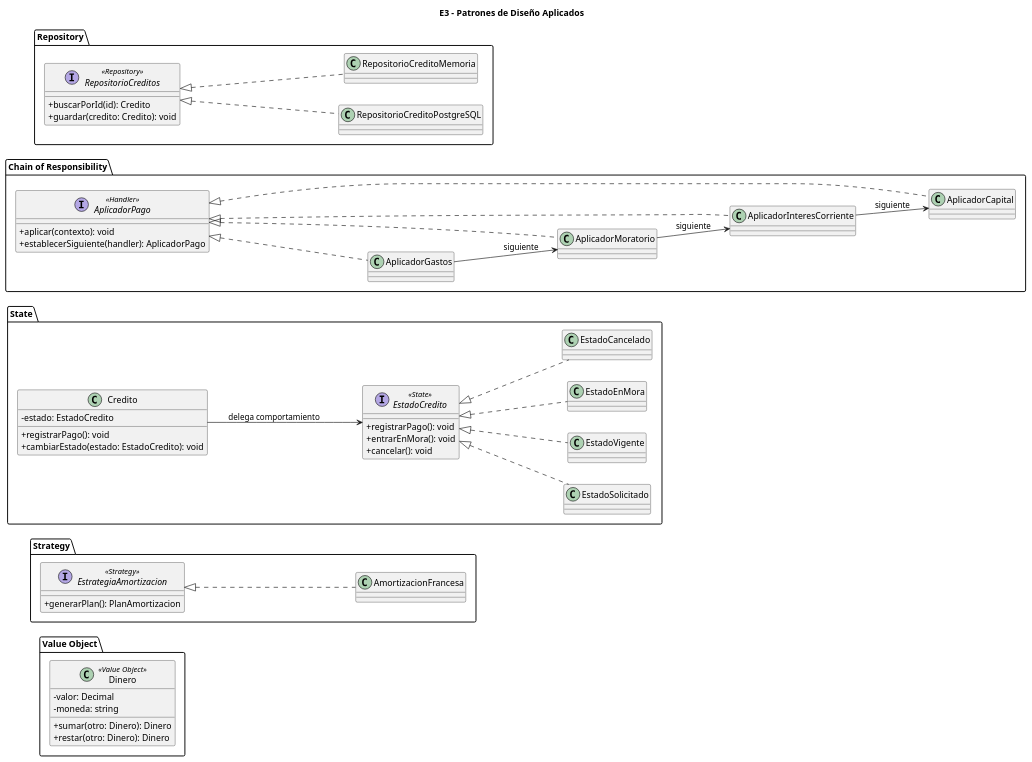
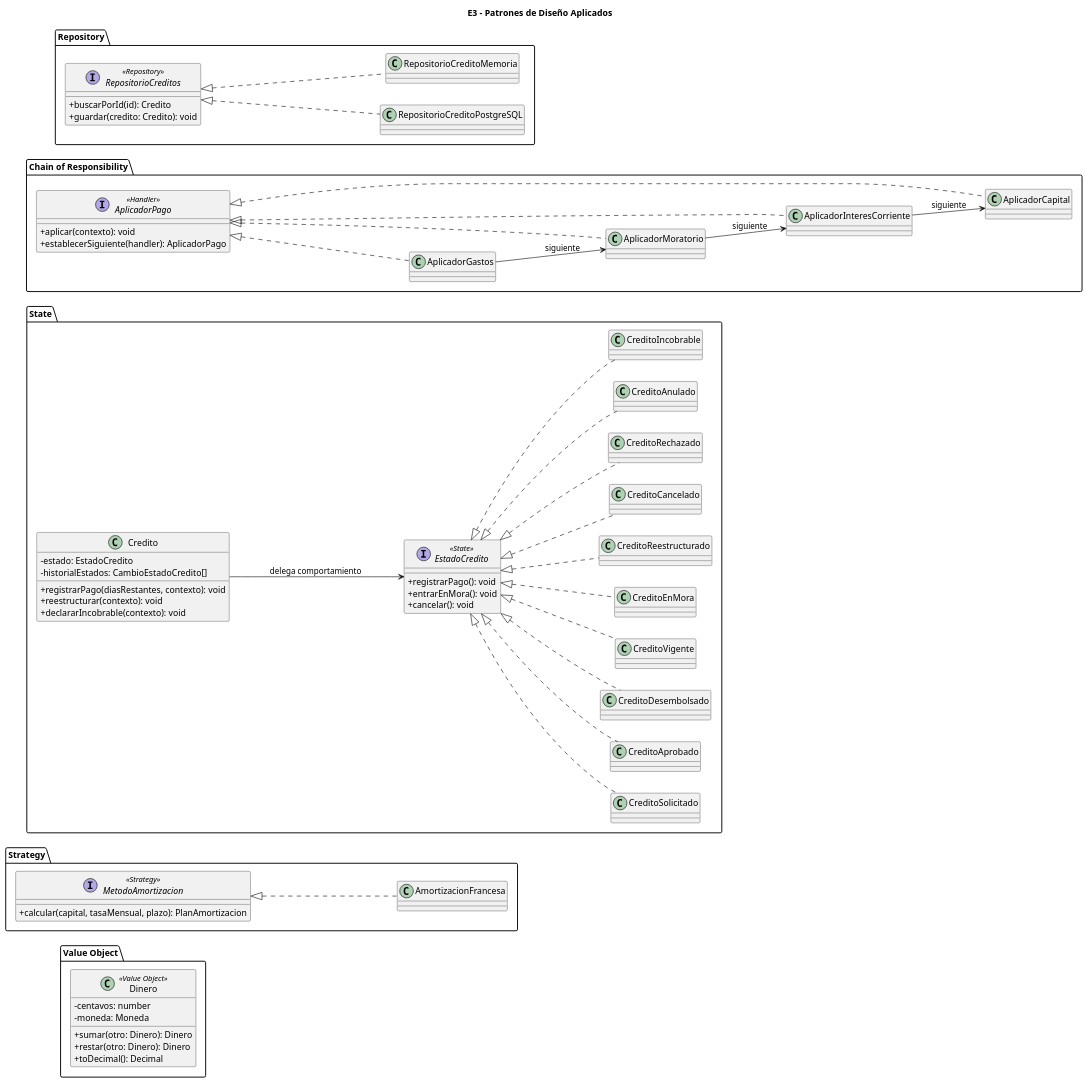
Before and after one commit to Willy4994/fintech-microcreditos-grupo01: the diagram in docs/diseno/patrones.puml, drawn with PlantUML. The commit also changed 22 other files, not shown here.

Commit message:
Se corrigieron test y UML

```diff
--- a/docs/diseno/patrones.puml
+++ b/docs/diseno/patrones.puml
@@ -1,87 +1,102 @@
 @startuml
 title E3 - Patrones de Diseño Aplicados
 
 skinparam shadowing false
 skinparam classAttributeIconSize 0
 left to right direction
 
 package "Value Object" {
     class Dinero <<Value Object>> {
-        - valor: Decimal
-        - moneda: string
+        - centavos: number
+        - moneda: Moneda
         + sumar(otro: Dinero): Dinero
         + restar(otro: Dinero): Dinero
+        + toDecimal(): Decimal
     }
 }
 
 package "Strategy" {
-    interface EstrategiaAmortizacion <<Strategy>> {
-        + generarPlan(): PlanAmortizacion
+    interface MetodoAmortizacion <<Strategy>> {
+        + calcular(capital, tasaMensual, plazo): PlanAmortizacion
     }
 
     class AmortizacionFrancesa
 
-    EstrategiaAmortizacion <|.. AmortizacionFrancesa
+    MetodoAmortizacion <|.. AmortizacionFrancesa
 }
 
 package "State" {
     interface EstadoCredito <<State>> {
         + registrarPago(): void
         + entrarEnMora(): void
         + cancelar(): void
     }
 
-    class EstadoSolicitado
-    class EstadoVigente
-    class EstadoEnMora
-    class EstadoCancelado
+    class CreditoSolicitado
+    class CreditoAprobado
+    class CreditoDesembolsado
+    class CreditoVigente
+    class CreditoEnMora
+    class CreditoReestructurado
+    class CreditoCancelado
+    class CreditoRechazado
+    class CreditoAnulado
+    class CreditoIncobrable
 
     class Credito {
         - estado: EstadoCredito
-        + registrarPago(): void
-        + cambiarEstado(estado: EstadoCredito): void
+        - historialEstados: CambioEstadoCredito[]
+        + registrarPago(diasRestantes, contexto): void
+        + reestructurar(contexto): void
+        + declararIncobrable(contexto): void
     }
 
-    EstadoCredito <|.. EstadoSolicitado
-    EstadoCredito <|.. EstadoVigente
-    EstadoCredito <|.. EstadoEnMora
-    EstadoCredito <|.. EstadoCancelado
+    EstadoCredito <|.. CreditoSolicitado
+    EstadoCredito <|.. CreditoAprobado
+    EstadoCredito <|.. CreditoDesembolsado
+    EstadoCredito <|.. CreditoVigente
+    EstadoCredito <|.. CreditoEnMora
+    EstadoCredito <|.. CreditoReestructurado
+    EstadoCredito <|.. CreditoCancelado
+    EstadoCredito <|.. CreditoRechazado
+    EstadoCredito <|.. CreditoAnulado
+    EstadoCredito <|.. CreditoIncobrable
 
     Credito --> EstadoCredito : delega comportamiento
 }
 
 package "Chain of Responsibility" {
     interface AplicadorPago <<Handler>> {
         + aplicar(contexto): void
         + establecerSiguiente(handler): AplicadorPago
     }
 
     class AplicadorGastos
     class AplicadorMoratorio
     class AplicadorInteresCorriente
     class AplicadorCapital
 
     AplicadorPago <|.. AplicadorGastos
     AplicadorPago <|.. AplicadorMoratorio
     AplicadorPago <|.. AplicadorInteresCorriente
     AplicadorPago <|.. AplicadorCapital
 
     AplicadorGastos --> AplicadorMoratorio : siguiente
     AplicadorMoratorio --> AplicadorInteresCorriente : siguiente
     AplicadorInteresCorriente --> AplicadorCapital : siguiente
 }
 
 package "Repository" {
     interface RepositorioCreditos <<Repository>> {
         + buscarPorId(id): Credito
         + guardar(credito: Credito): void
     }
 
     class RepositorioCreditoPostgreSQL
     class RepositorioCreditoMemoria
 
     RepositorioCreditos <|.. RepositorioCreditoPostgreSQL
     RepositorioCreditos <|.. RepositorioCreditoMemoria
 }
 
 @enduml
```
